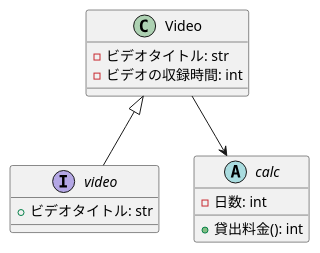
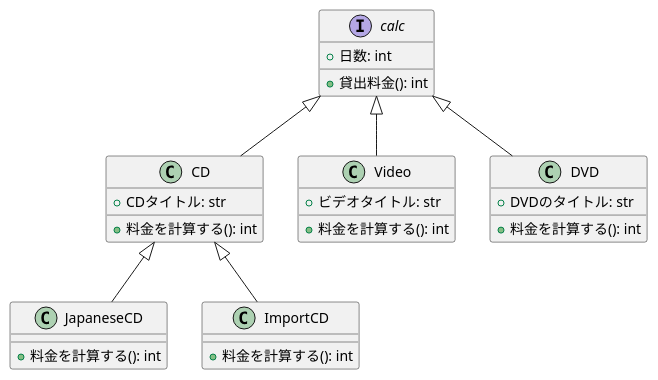
One commit to GuitarBuilderClass/Teach-Yourself-Design-Patterns-by-Python changed the diagram in Part1/Ch01_OOP_and_UML/ch01_training.puml. Above: the diagram before and after it, drawn with PlantUML. The commit also changed 1 other file, not shown here.

```diff
--- a/Part1/Ch01_OOP_and_UML/ch01_training.puml
+++ b/Part1/Ch01_OOP_and_UML/ch01_training.puml
@@ -1,20 +1,39 @@
 @startuml
+class CD {
++ CDタイトル: str
+
++ 料金を計算する(): int
+}
+
+class JapaneseCD {
++ 料金を計算する(): int
+}
+
+class ImportCD {
++ 料金を計算する(): int
+}
 
 class Video {
-- ビデオタイトル: str
-- ビデオの収録時間: int
++ ビデオタイトル: str
+
++ 料金を計算する(): int
 }
 
-interface video {
-+ ビデオタイトル: str
+class DVD {
++ DVDのタイトル: str
+
++ 料金を計算する(): int
 }
 
-abstract calc {
-- 日数: int
+interface calc {
++ 日数: int
 + 貸出料金(): int
 }
 
-Video <|-- video
-Video --> calc
+calc <|-- CD
+CD <|-- JapaneseCD
+CD <|-- ImportCD
+calc <|-- Video
+calc <|-- DVD
 
 @enduml
```
